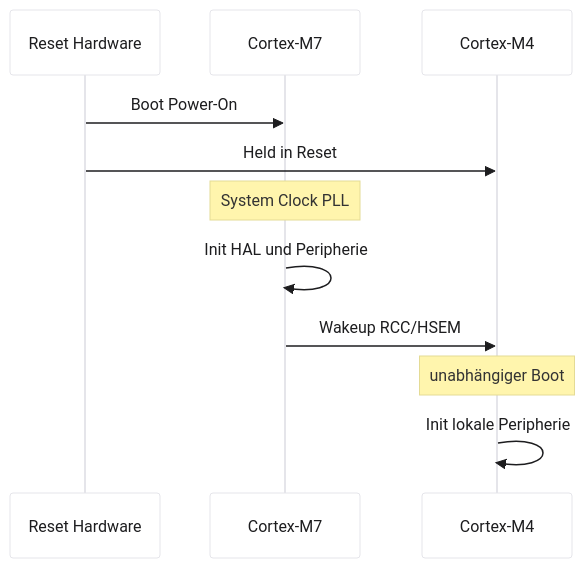
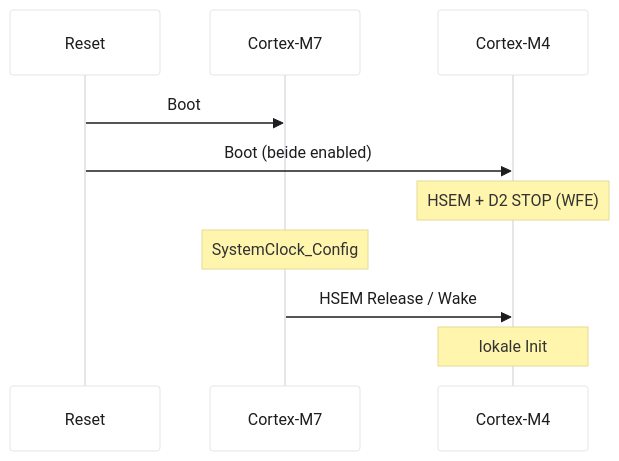
Before and after one commit to dantschi/echtzeitsysteme: diagram 13 of 14 in vorlesungen/01_was-ist-echtzeit.qmd, drawn with Mermaid. The commit also changed other lines of this file and 1 other file, not shown here.

First line of the commit message:
VL1 fachlich und didaktisch schärfen: zwölf Abbildungspakete, präzises STM32-Labor.

````diff
--- a/vorlesungen/01_was-ist-echtzeit.qmd
+++ b/vorlesungen/01_was-ist-echtzeit.qmd
@@ -721,15 +1065,14 @@
 ```{mermaid}
 %%| fig-width: 5.2
 %%{init: {'theme': 'base', 'themeVariables': {'background': '#FFFFFF', 'primaryColor': '#FFFFFF', 'primaryBorderColor': '#E5E5EA', 'primaryTextColor': '#1D1D1F', 'lineColor': '#86868B', 'secondaryColor': '#F5F5F7', 'tertiaryColor': '#FFFFFF', 'mainBkg': '#FFFFFF', 'nodeBorder': '#E5E5EA', 'clusterBkg': '#F5F5F7', 'clusterBorder': '#E5E5EA', 'titleColor': '#1D1D1F', 'edgeLabelBackground': '#FFFFFF'}}}%%
 sequenceDiagram
-  participant Reset as Reset Hardware
+  participant Reset as Reset
   participant M7 as Cortex-M7
   participant M4 as Cortex-M4
-  Reset->>M7: Boot Power-On
-  Reset->>M4: Held in Reset
-  Note over M7: System Clock PLL
-  M7->>M7: Init HAL und Peripherie
-  M7->>M4: Wakeup RCC/HSEM
-  Note over M4: unabhängiger Boot
-  M4->>M4: Init lokale Peripherie
+  Reset->>M7: Boot
+  Reset->>M4: Boot (beide enabled)
+  Note over M4: HSEM + D2 STOP (WFE)
+  Note over M7: SystemClock_Config
+  M7->>M4: HSEM Release / Wake
+  Note over M4: lokale Init
 ```
````
